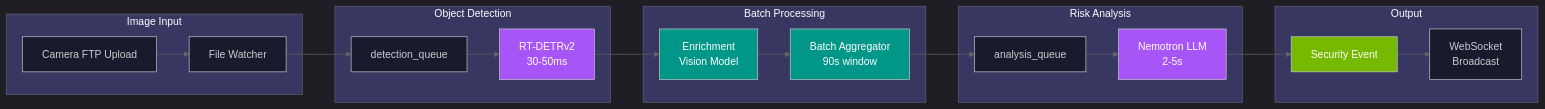
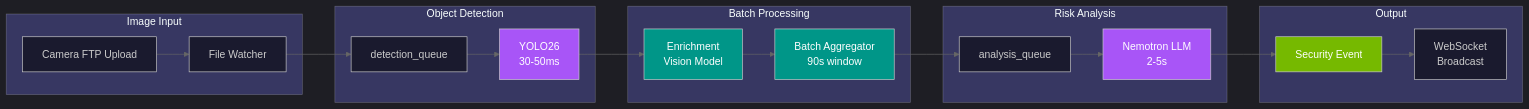
Before and after one commit to mikesvoboda/nemotron-v3-home-security-intelligence: the first of 5 diagrams in docs/developer/api/ai-pipeline.md, drawn with Mermaid. The commit also changed other lines of this file and 474 other files, not shown here.

````diff
--- a/docs/developer/api/ai-pipeline.md
+++ b/docs/developer/api/ai-pipeline.md
@@ -19,44 +19,44 @@
 ```mermaid
 %%{init: {'theme': 'dark', 'themeVariables': {'primaryColor': '#3B82F6', 'primaryTextColor': '#FFFFFF', 'primaryBorderColor': '#60A5FA', 'secondaryColor': '#A855F7', 'tertiaryColor': '#009688', 'background': '#121212', 'mainBkg': '#1a1a2e', 'lineColor': '#666666'}}}%%
 flowchart LR
     subgraph Input["Image Input"]
         CAM[Camera FTP Upload]
         FW[File Watcher]
     end
 
     subgraph Detection["Object Detection"]
         DQ[detection_queue]
-        RT[RT-DETRv2<br/>30-50ms]
+        RT[YOLO26<br/>30-50ms]
     end
 
     subgraph Processing["Batch Processing"]
         ENR[Enrichment<br/>Vision Model]
         BA[Batch Aggregator<br/>90s window]
     end
 
     subgraph Analysis["Risk Analysis"]
         AQ[analysis_queue]
         NEM[Nemotron LLM<br/>2-5s]
     end
 
     subgraph Output["Output"]
         EVT[Security Event]
         WS[WebSocket<br/>Broadcast]
     end
 
     CAM --> FW
     FW --> DQ
     DQ --> RT
     RT --> ENR
     ENR --> BA
     BA --> AQ
     AQ --> NEM
     NEM --> EVT
     EVT --> WS
 
     style RT fill:#A855F7,color:#fff
     style NEM fill:#A855F7,color:#fff
     style BA fill:#009688,color:#fff
     style ENR fill:#009688,color:#fff
     style EVT fill:#76B900,color:#fff
 ```
````
